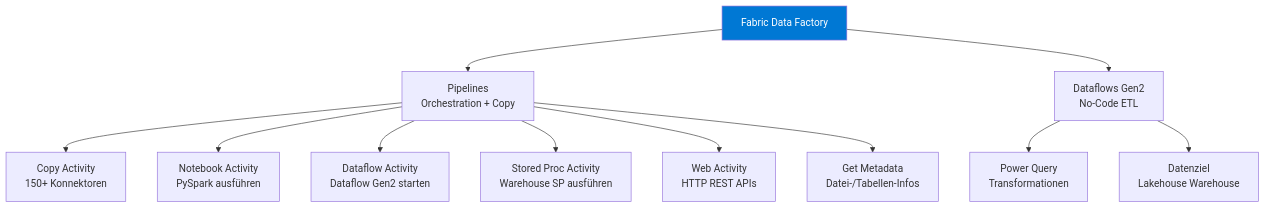
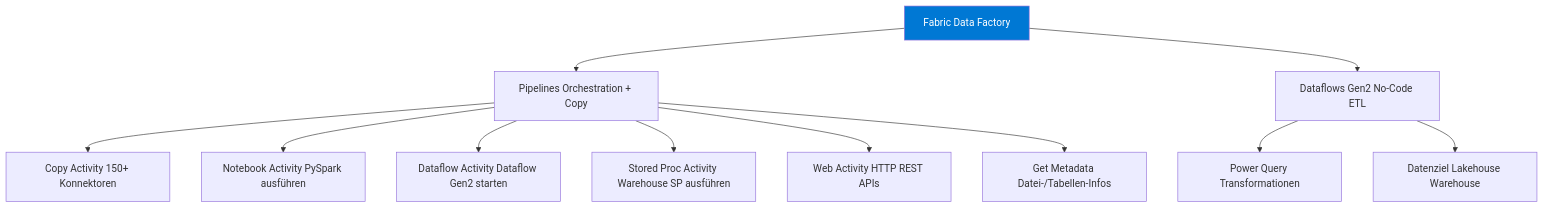
One commit to SoniiiT/notes-n-docs changed the first of 7 diagrams in Microsoft 365/Azure/Fabric/Fabric Data Factory.md. Above: the diagram before and after it, drawn with Mermaid. The commit also changed other lines of this file and 124 other files, not shown here.

First line of the commit message:
fix: Entferne \n aus allen Mermaid-Diagrammen (125 Dateien)

````diff
--- a/Microsoft 365/Azure/Fabric/Fabric Data Factory.md
+++ b/Microsoft 365/Azure/Fabric/Fabric Data Factory.md
@@ -30,18 +30,18 @@
 ```mermaid
 graph TD
     FDF[Fabric Data Factory]
-    FDF --> PL[Pipelines\nOrchestration + Copy]
-    FDF --> DFG2[Dataflows Gen2\nNo-Code ETL]
+    FDF --> PL[Pipelines Orchestration + Copy]
+    FDF --> DFG2[Dataflows Gen2 No-Code ETL]
     
-    PL --> CA[Copy Activity\n150+ Konnektoren]
-    PL --> NA[Notebook Activity\nPySpark ausführen]
-    PL --> DFA[Dataflow Activity\nDataflow Gen2 starten]
-    PL --> SPA[Stored Proc Activity\nWarehouse SP ausführen]
-    PL --> WA[Web Activity\nHTTP REST APIs]
-    PL --> META[Get Metadata\nDatei-/Tabellen-Infos]
+    PL --> CA[Copy Activity 150+ Konnektoren]
+    PL --> NA[Notebook Activity PySpark ausführen]
+    PL --> DFA[Dataflow Activity Dataflow Gen2 starten]
+    PL --> SPA[Stored Proc Activity Warehouse SP ausführen]
+    PL --> WA[Web Activity HTTP REST APIs]
+    PL --> META[Get Metadata Datei-/Tabellen-Infos]
     
-    DFG2 --> PQ[Power Query\nTransformationen]
-    DFG2 --> DST[Datenziel\nLakehouse Warehouse]
+    DFG2 --> PQ[Power Query Transformationen]
+    DFG2 --> DST[Datenziel Lakehouse Warehouse]
     
     style FDF fill:#0078d4,color:#fff
 ```
````
